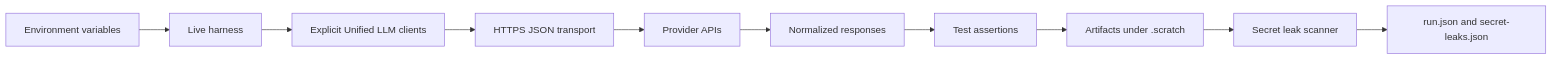
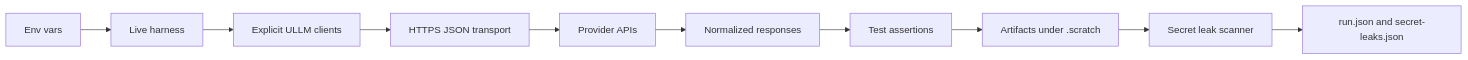
Before and after one commit to jaytaylor/attractor-tcl: the fourth of 5 diagrams in docs/sprints/SPRINT-004-comprehensive-implementation-plan.md, drawn with Mermaid. The commit also changed other lines of this file, not shown here.

````diff
--- a/docs/sprints/SPRINT-004-comprehensive-implementation-plan.md
+++ b/docs/sprints/SPRINT-004-comprehensive-implementation-plan.md
@@ -738,12 +842,12 @@
 ```mermaid
 flowchart LR
-  ENV[Environment variables] --> HARNESS[Live harness]
-  HARNESS --> CLIENTS[Explicit Unified LLM clients]
+  ENV[Env vars] --> HARNESS[Live harness]
+  HARNESS --> CLIENTS[Explicit ULLM clients]
   CLIENTS --> HTTPS[HTTPS JSON transport]
-  HTTPS --> PROVIDERS[Provider APIs]
-  PROVIDERS --> RESPONSES[Normalized responses]
-  RESPONSES --> ASSERTIONS[Test assertions]
-  ASSERTIONS --> ARTIFACTS[Artifacts under .scratch]
-  ARTIFACTS --> SCAN[Secret leak scanner]
-  SCAN --> SUMMARY[run.json and secret-leaks.json]
+  HTTPS --> API[Provider APIs]
+  API --> RESP[Normalized responses]
+  RESP --> ASSERT[Test assertions]
+  ASSERT --> ART[Artifacts under .scratch]
+  ART --> SCAN[Secret leak scanner]
+  SCAN --> REPORT[run.json and secret-leaks.json]
 ```
````
